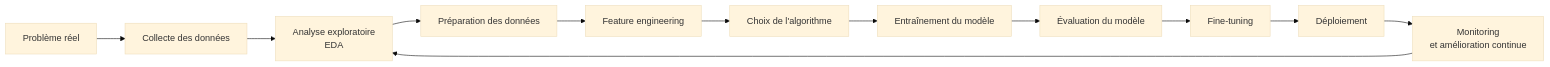
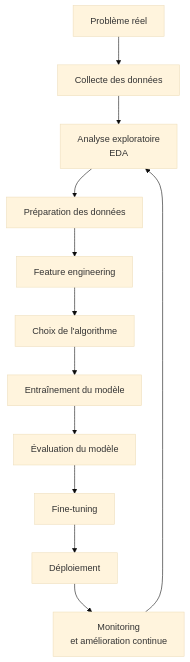
Before and after one commit to hrhouma1/processus-et-ecosystemes-ia: the first of 8 diagrams in 02b-Processus-complet-d-un-projet-IA-et-ML.md, drawn with Mermaid (base theme). The commit also changed other lines of this file, not shown here.

Commit message:
Update flowchart format in ML project document

````diff
--- a/02b-Processus-complet-d-un-projet-IA-et-ML.md
+++ b/02b-Processus-complet-d-un-projet-IA-et-ML.md
@@ -54,14 +55,15 @@
 ```mermaid
-flowchart LR
-    A["Problème réel"] --> B["Collecte des données"]
-    B --> C["Analyse exploratoire\nEDA"]
+flowchart TD
+    A["Problème réel"]
+    A --> B["Collecte des données"]
+    B --> C["Analyse exploratoire<br/>EDA"]
     C --> D["Préparation des données"]
     D --> E["Feature engineering"]
     E --> F["Choix de l'algorithme"]
     F --> G["Entraînement du modèle"]
     G --> H["Évaluation du modèle"]
     H --> I["Fine-tuning"]
     I --> J["Déploiement"]
-    J --> K["Monitoring\net amélioration continue"]
+    J --> K["Monitoring<br/>et amélioration continue"]
     K --> C
 ```
````
